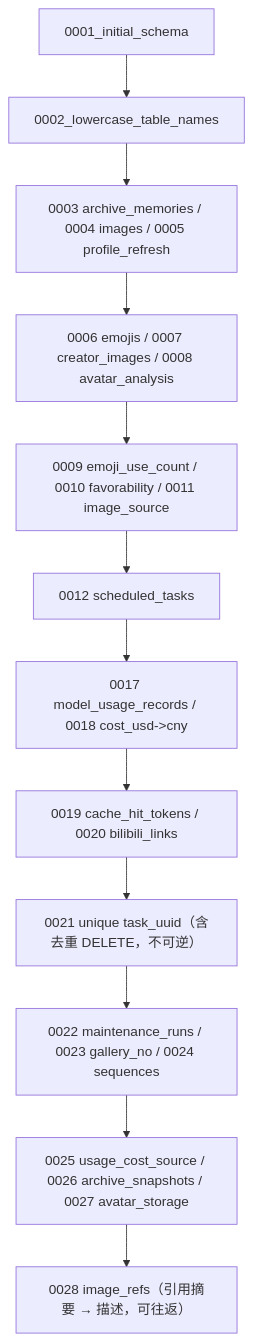
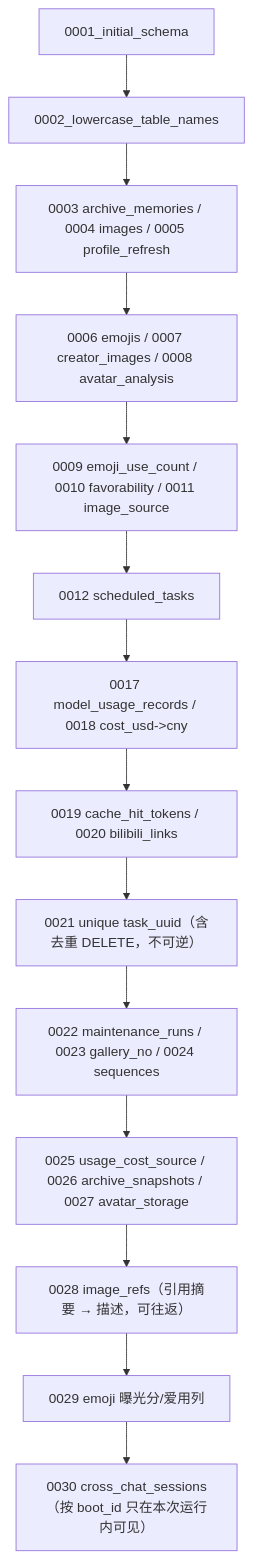
The eighth of 9 diagrams in docs/flow/22-storage-migrations.md (SuperQuail/NeoBot), drawn with Mermaid before and after one commit. The commit also changed other lines of this file and 30 other files, not shown here.

First line of the commit message:
feat(cross_chat): 新增跨聊天 cot 提示并持久化交互会话 (#283)

````diff
--- a/docs/flow/22-storage-migrations.md
+++ b/docs/flow/22-storage-migrations.md
@@ -199,14 +203,16 @@
 ```mermaid
 flowchart TD
     A["0001_initial_schema"] --> B["0002_lowercase_table_names"]
     B --> C["0003 archive_memories / 0004 images / 0005 profile_refresh"]
     C --> D["0006 emojis / 0007 creator_images / 0008 avatar_analysis"]
     D --> E["0009 emoji_use_count / 0010 favorability / 0011 image_source"]
     E --> F["0012 scheduled_tasks"]
     F --> G["0017 model_usage_records / 0018 cost_usd->cny"]
     G --> H["0019 cache_hit_tokens / 0020 bilibili_links"]
     H --> I["0021 unique task_uuid（含去重 DELETE，不可逆）"]
     I --> J["0022 maintenance_runs / 0023 gallery_no / 0024 sequences"]
     J --> K["0025 usage_cost_source / 0026 archive_snapshots / 0027 avatar_storage"]
     K --> L["0028 image_refs（引用摘要 → 描述，可往返）"]
+    L --> M["0029 emoji 曝光分/爱用列"]
+    M --> N["0030 cross_chat_sessions（按 boot_id 只在本次运行内可见）"]
 ```
````
